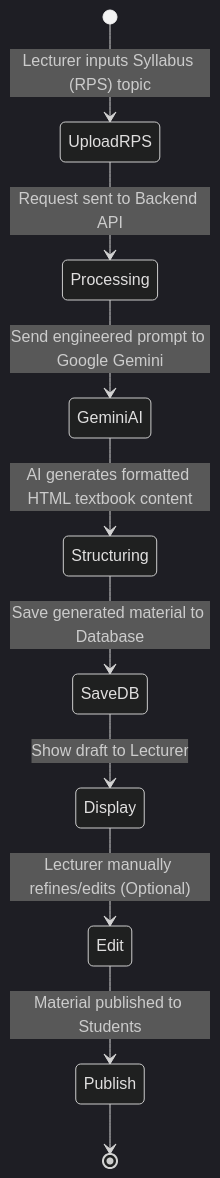
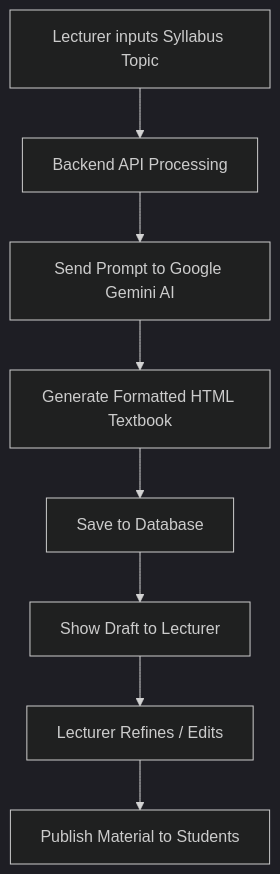
Before and after one commit to dwikrisnandi/siakad-dkn-dkn: the fourth of 5 diagrams in README.md, drawn with Mermaid (dark theme). The commit also changed other lines of this file, not shown here.

Commit message:
fix: change state diagrams to flowchart TD to fix github mermaid rendering bug

````diff
--- a/README.md
+++ b/README.md
@@ -121,12 +125,10 @@
 ```mermaid
-stateDiagram-v2
-    [*] --> UploadRPS: Lecturer inputs Syllabus (RPS) topic
-    UploadRPS --> Processing: Request sent to Backend API
-    Processing --> GeminiAI: Send engineered prompt to Google Gemini
-    GeminiAI --> Structuring: AI generates formatted HTML textbook content
-    Structuring --> SaveDB: Save generated material to Database
-    SaveDB --> Display: Show draft to Lecturer
-    Display --> Edit: Lecturer manually refines/edits (Optional)
-    Edit --> Publish: Material published to Students
-    Publish --> [*]
+flowchart TD
+    Start[Lecturer inputs Syllabus Topic] --> API[Backend API Processing]
+    API --> Gemini[Send Prompt to Google Gemini AI]
+    Gemini --> Generate[Generate Formatted HTML Textbook]
+    Generate --> DB[Save to Database]
+    DB --> Draft[Show Draft to Lecturer]
+    Draft --> Edit[Lecturer Refines / Edits]
+    Edit --> Publish[Publish Material to Students]
 ```
````
